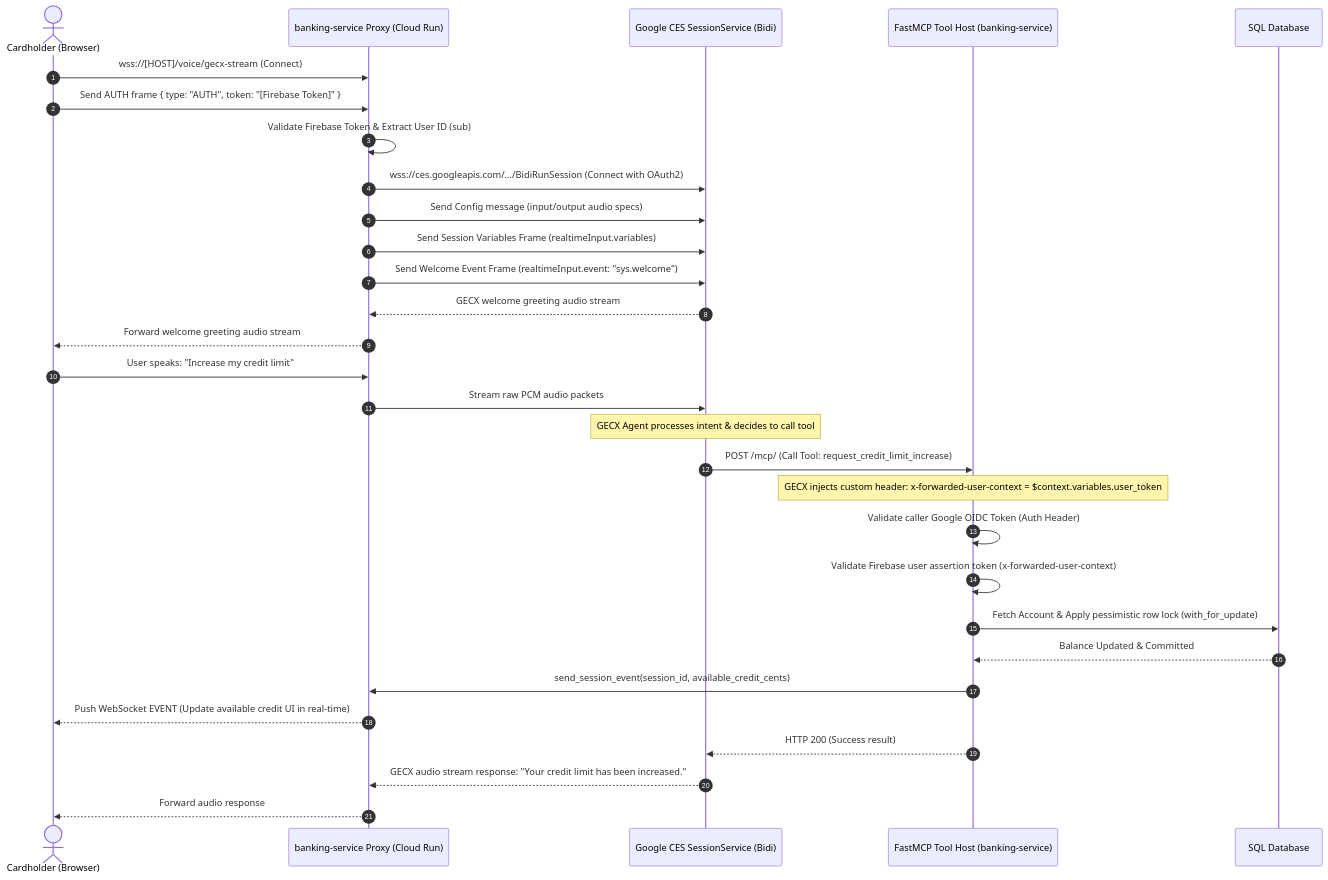
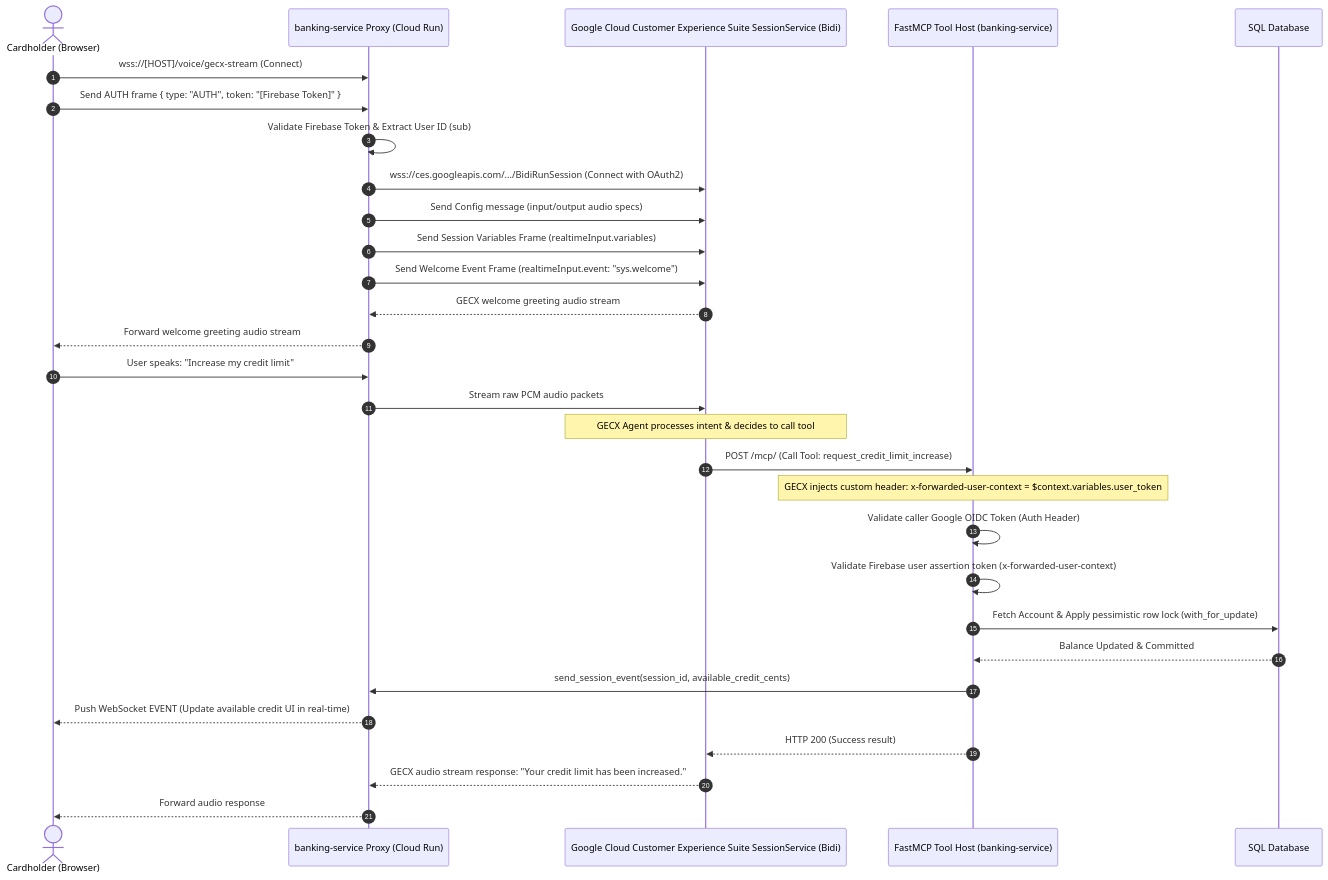
One commit to GoogleCloudPlatform/fsi-gecx-bundle changed the diagram in docs/architecture/gecx_telephony_voice_agent.md. Above: the diagram before and after it, drawn with Mermaid. The commit also changed other lines of this file and 26 other files, not shown here.

````diff
--- a/docs/architecture/gecx_telephony_voice_agent.md
+++ b/docs/architecture/gecx_telephony_voice_agent.md
@@ -11,44 +11,44 @@
 ```mermaid
 sequenceDiagram
     autonumber
     actor User as Cardholder (Browser)
     participant Proxy as banking-service Proxy (Cloud Run)
-    participant GECX as Google CES SessionService (Bidi)
+    participant GECX as Google Cloud Customer Experience Suite SessionService (Bidi)
     participant MCP as FastMCP Tool Host (banking-service)
     participant DB as SQL Database
 
     User->>Proxy: wss://[HOST]/voice/gecx-stream (Connect)
     User->>Proxy: Send AUTH frame { type: "AUTH", token: "[Firebase Token]" }
     Proxy->>Proxy: Validate Firebase Token & Extract User ID (sub)
     
     Proxy->>GECX: wss://ces.googleapis.com/.../BidiRunSession (Connect with OAuth2)
     Proxy->>GECX: Send Config message (input/output audio specs)
     
     %% Session Variables Gotcha Sequence
     Proxy->>GECX: Send Session Variables Frame (realtimeInput.variables)
     Proxy->>GECX: Send Welcome Event Frame (realtimeInput.event: "sys.welcome")
     
     GECX-->>Proxy: GECX welcome greeting audio stream
     Proxy-->>User: Forward welcome greeting audio stream
     
     User->>Proxy: User speaks: "Increase my credit limit"
     Proxy->>GECX: Stream raw PCM audio packets
     
     Note over GECX: GECX Agent processes intent & decides to call tool
     
     GECX->>MCP: POST /mcp/ (Call Tool: request_credit_limit_increase)
     Note over MCP: GECX injects custom header: x-forwarded-user-context = $context.variables.user_token
     
     MCP->>MCP: Validate caller Google OIDC Token (Auth Header)
     MCP->>MCP: Validate Firebase user assertion token (x-forwarded-user-context)
     MCP->>DB: Fetch Account & Apply pessimistic row lock (with_for_update)
     DB-->>MCP: Balance Updated & Committed
     
     %% OOB UI Sync
     MCP->>Proxy: send_session_event(session_id, available_credit_cents)
     Proxy-->>User: Push WebSocket EVENT (Update available credit UI in real-time)
     
     MCP-->>GECX: HTTP 200 (Success result)
     GECX-->>Proxy: GECX audio stream response: "Your credit limit has been increased."
     Proxy-->>User: Forward audio response
 ```
````
